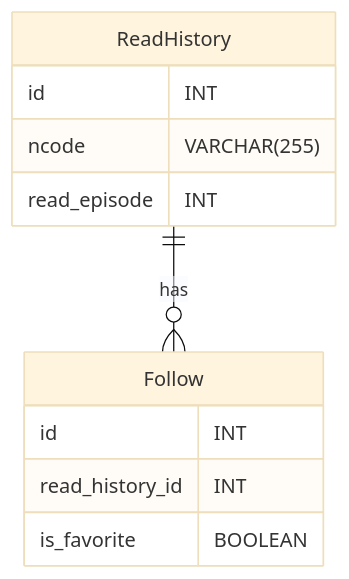
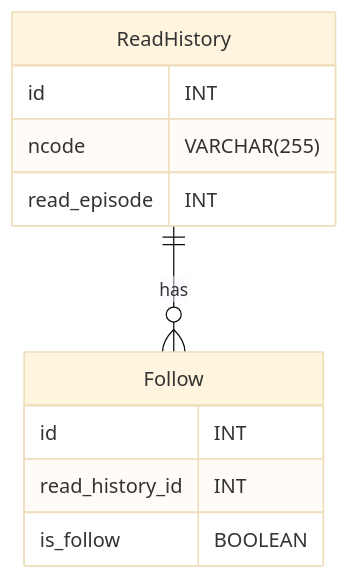
The diagram in docs/erd.md (watame/mobile_web_novel_reader), drawn with Mermaid (base theme) before and after one commit. The commit also changed other lines of this file, not shown here.

Commit message:
カラム名をfollowからis_followに変更

````diff
--- a/docs/erd.md
+++ b/docs/erd.md
@@ -11,15 +11,15 @@
 ```mermaid
 erDiagram
     ReadHistory {
         id INT
         ncode VARCHAR(255)
         read_episode INT
     }
     Follow {
         id INT
         read_history_id INT
-        is_favorite BOOLEAN
+        is_follow BOOLEAN
     }
     ReadHistory ||--o{ Follow : "has"
 
 ```
````
